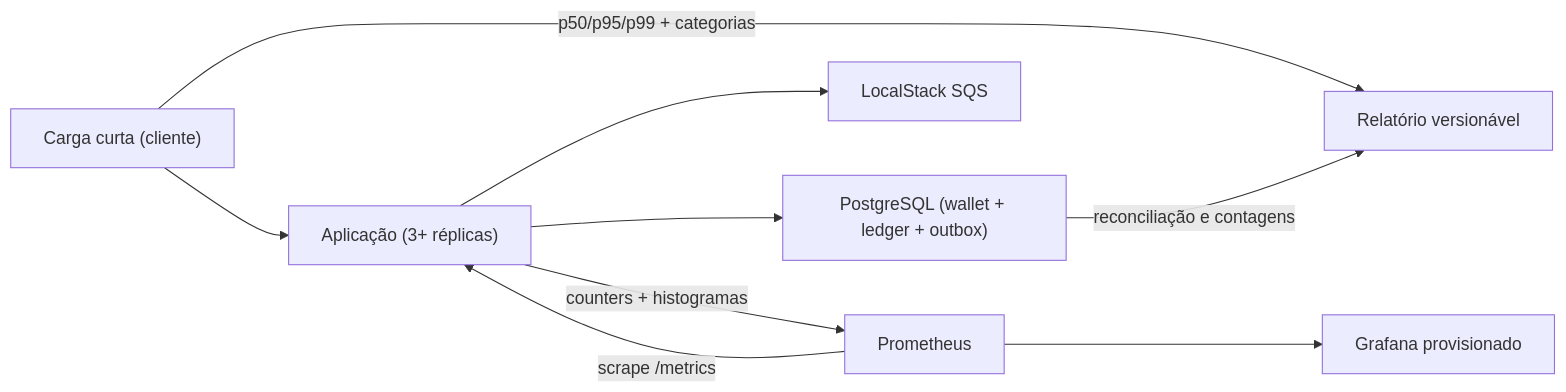
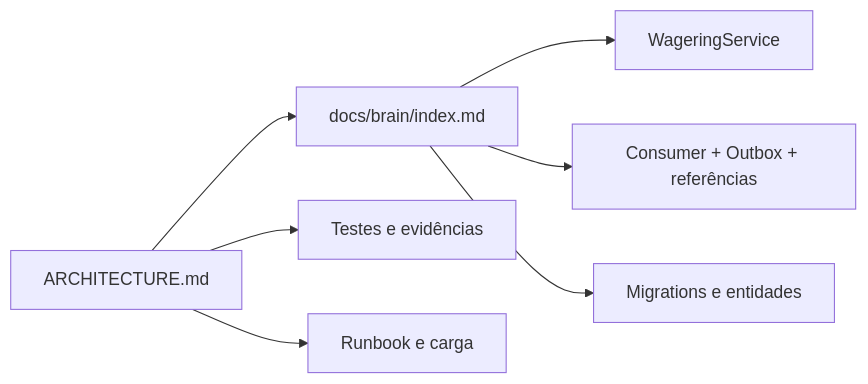
Before and after one commit to renansko/jugle-gaming-test: diagram 11 of 11 in ARCHITECTURE.md, drawn with Mermaid. The commit also changed other lines of this file and 3 other files, not shown here.

Commit message:
docs: record architecture decisions and tradeoffs

````diff
--- a/ARCHITECTURE.md
+++ b/ARCHITECTURE.md
@@ -74,11 +387,9 @@
 ```mermaid
 flowchart LR
-    Load["Carga curta (cliente)"] --> Apps["Aplicação (3+ réplicas)"]
-    Apps --> PG["PostgreSQL (wallet + ledger + outbox)"]
-    Apps --> SQS["LocalStack SQS"]
-    Prom["Prometheus"] -->|"scrape /metrics"| Apps
-    Prom --> Grafana["Grafana provisionado"]
-    Apps -->|"counters + histogramas"| Prom
-    Load -->|"p50/p95/p99 + categorias"| Report["Relatório versionável"]
-    PG -->|"reconciliação e contagens"| Report
+    Architecture["ARCHITECTURE.md"] --> Brain["docs/brain/index.md"]
+    Brain --> Wagering["WageringService"]
+    Brain --> Messaging["Consumer + Outbox + referências"]
+    Brain --> Data["Migrations e entidades"]
+    Architecture --> Tests["Testes e evidências"]
+    Architecture --> Operations["Runbook e carga"]
 ```
````
